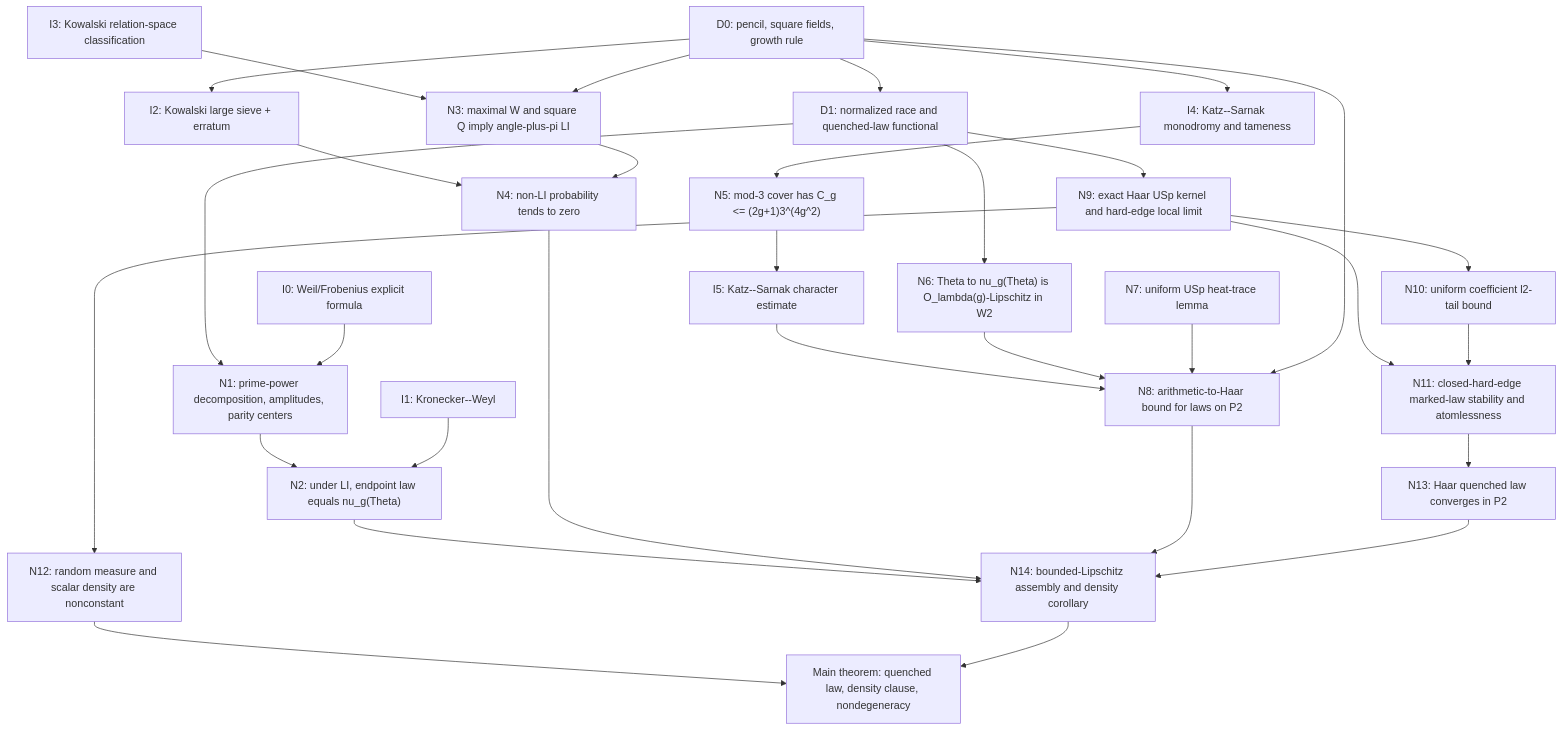
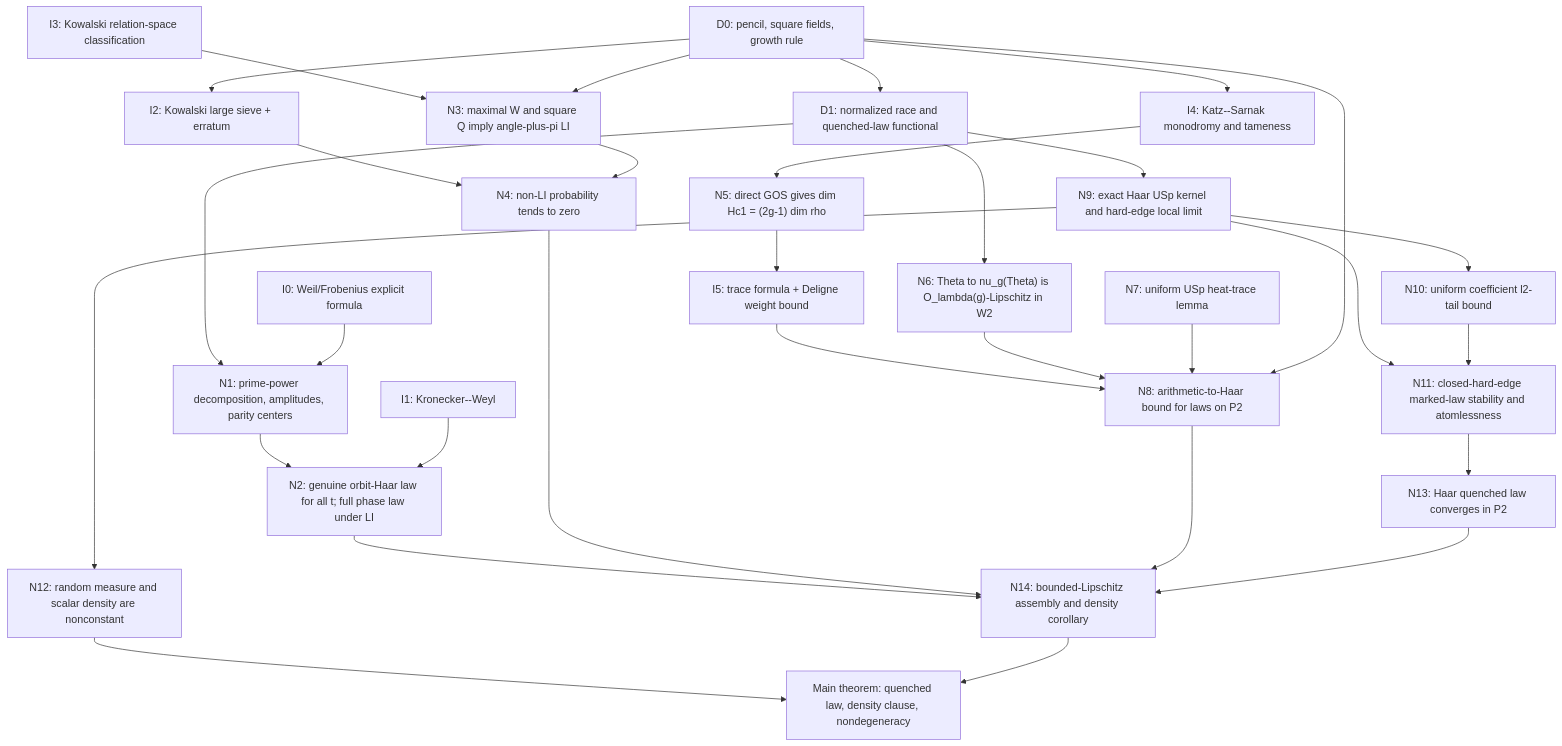
The diagram in algorithms/prime-sum/flagship/FOCUSED-PAPER-ARCHITECTURE.md (raghavsharma2003/hihi), drawn with Mermaid before and after one commit. The commit also changed other lines of this file and 16 other files, not shown here.

````diff
--- a/algorithms/prime-sum/flagship/FOCUSED-PAPER-ARCHITECTURE.md
+++ b/algorithms/prime-sum/flagship/FOCUSED-PAPER-ARCHITECTURE.md
@@ -158,65 +158,65 @@
 ```mermaid
 flowchart TD
   D0["D0: pencil, square fields, growth rule"]
   D1["D1: normalized race and quenched-law functional"]
   I0["I0: Weil/Frobenius explicit formula"]
   N1["N1: prime-power decomposition, amplitudes, parity centers"]
   I1["I1: Kronecker--Weyl"]
-  N2["N2: under LI, endpoint law equals nu_g(Theta)"]
+  N2["N2: genuine orbit-Haar law for all t; full phase law under LI"]
 
   I2["I2: Kowalski large sieve + erratum"]
   I3["I3: Kowalski relation-space classification"]
   N3["N3: maximal W and square Q imply angle-plus-pi LI"]
   N4["N4: non-LI probability tends to zero"]
 
   I4["I4: Katz--Sarnak monodromy and tameness"]
-  N5["N5: mod-3 cover has C_g <= (2g+1)3^(4g^2)"]
-  I5["I5: Katz--Sarnak character estimate"]
+  N5["N5: direct GOS gives dim Hc1 = (2g-1) dim rho"]
+  I5["I5: trace formula + Deligne weight bound"]
   N6["N6: Theta to nu_g(Theta) is O_lambda(g)-Lipschitz in W2"]
   N7["N7: uniform USp heat-trace lemma"]
   N8["N8: arithmetic-to-Haar bound for laws on P2"]
 
   N9["N9: exact Haar USp kernel and hard-edge local limit"]
   N10["N10: uniform coefficient l2-tail bound"]
   N11["N11: closed-hard-edge marked-law stability and atomlessness"]
   N12["N12: random measure and scalar density are nonconstant"]
   N13["N13: Haar quenched law converges in P2"]
 
   N14["N14: bounded-Lipschitz assembly and density corollary"]
   T["Main theorem: quenched law, density clause, nondegeneracy"]
 
   D0 --> D1
   D0 --> I2
   D0 --> I4
   D1 --> N1
   I0 --> N1
   N1 --> N2
   I1 --> N2
 
   I2 --> N4
   I3 --> N3
   D0 --> N3
   N3 --> N4
 
   I4 --> N5
   N5 --> I5
   D1 --> N6
   I5 --> N8
   N6 --> N8
   N7 --> N8
   D0 --> N8
 
   D1 --> N9
   N9 --> N10
   N9 --> N11
   N10 --> N11
   N9 --> N12
   N11 --> N13
 
   N2 --> N14
   N4 --> N14
   N8 --> N14
   N13 --> N14
   N12 --> T
   N14 --> T
 ```
````
